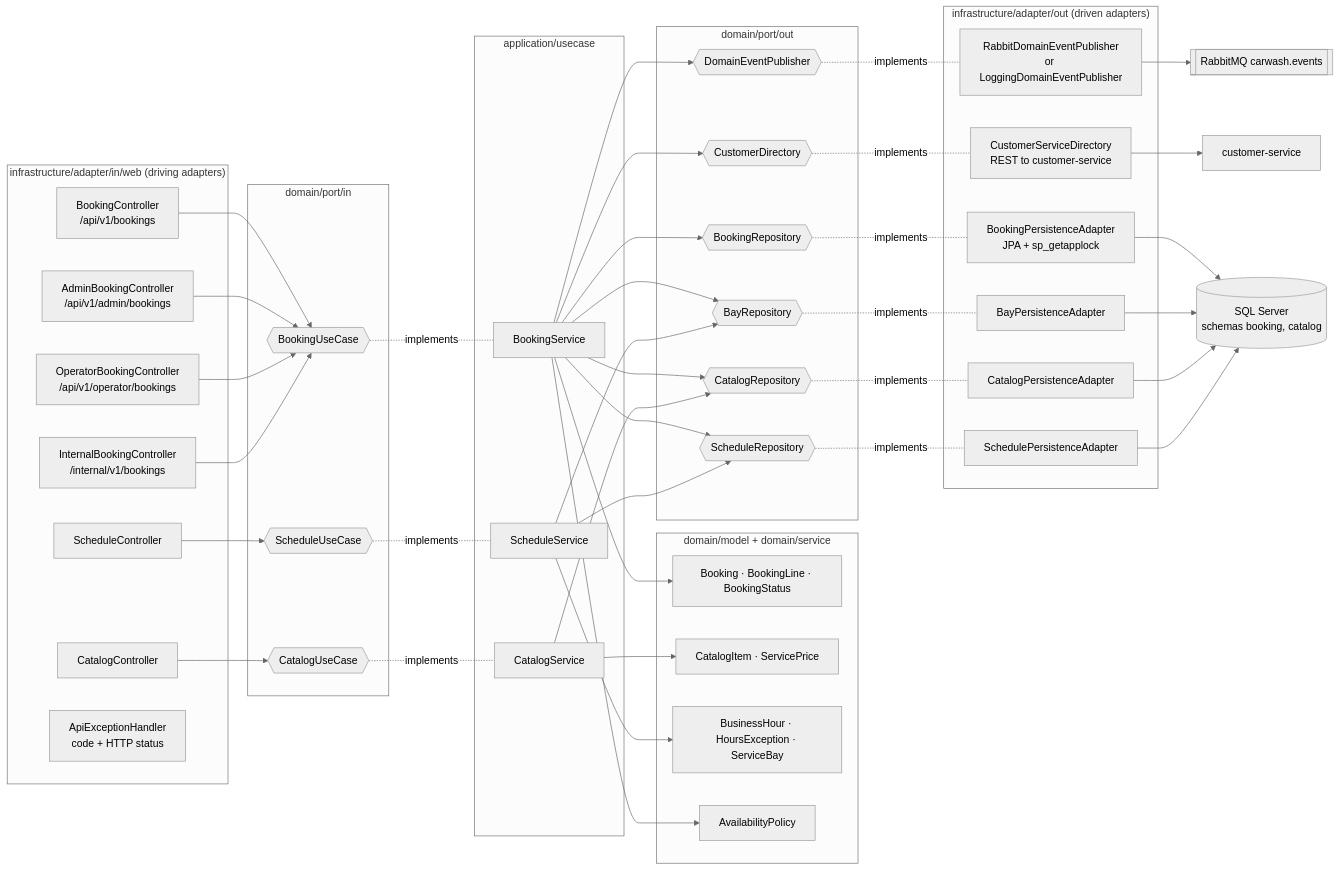
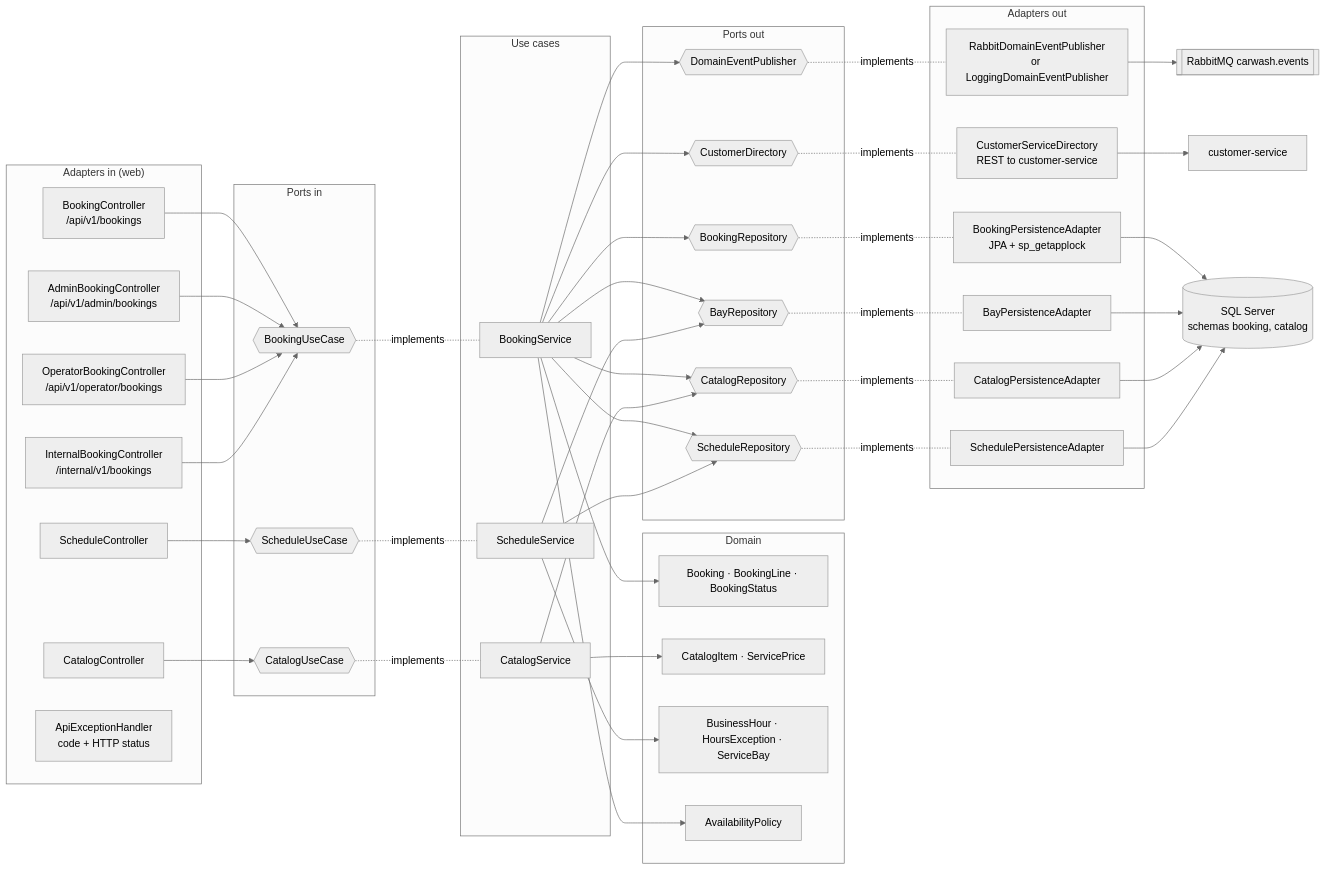
Before and after one commit to code-sena/vehicle-w-docs: the diagram in 08-uml/diagrams/source/c3-booking-components.md, drawn with Mermaid (neutral theme). The commit also changed other lines of this file and 1 other file, not shown here.

Commit message:
docs(uml): shorten the subgraph titles that were cut in the booking components and operator day

````diff
--- a/08-uml/diagrams/source/c3-booking-components.md
+++ b/08-uml/diagrams/source/c3-booking-components.md
@@ -7,75 +7,75 @@
 ```mermaid
 flowchart LR
-    subgraph IN["infrastructure/adapter/in/web (driving adapters)"]
+    subgraph IN["Adapters in (web)"]
         BC[BookingController<br/>/api/v1/bookings]
         ABC[AdminBookingController<br/>/api/v1/admin/bookings]
         OBC[OperatorBookingController<br/>/api/v1/operator/bookings]
         IBC[InternalBookingController<br/>/internal/v1/bookings]
         CC[CatalogController]
         SC[ScheduleController]
         EH[ApiExceptionHandler<br/>code + HTTP status]
     end
 
-    subgraph PIN["domain/port/in"]
+    subgraph PIN["Ports in"]
         BU{{BookingUseCase}}
         CU{{CatalogUseCase}}
         SU{{ScheduleUseCase}}
     end
 
-    subgraph APP["application/usecase"]
+    subgraph APP["Use cases"]
         BS[BookingService]
         CS[CatalogService]
         SS[ScheduleService]
     end
 
-    subgraph DOM["domain/model + domain/service"]
+    subgraph DOM["Domain"]
         B[Booking · BookingLine · BookingStatus]
         CAT[CatalogItem · ServicePrice]
         SCH[BusinessHour · HoursException · ServiceBay]
         AP[AvailabilityPolicy]
     end
 
-    subgraph POUT["domain/port/out"]
+    subgraph POUT["Ports out"]
         BR{{BookingRepository}}
         BAR{{BayRepository}}
         CR{{CatalogRepository}}
         SR{{ScheduleRepository}}
         CD{{CustomerDirectory}}
         EP{{DomainEventPublisher}}
     end
 
-    subgraph OUT["infrastructure/adapter/out (driven adapters)"]
+    subgraph OUT["Adapters out"]
         BPA[BookingPersistenceAdapter<br/>JPA + sp_getapplock]
         BAPA[BayPersistenceAdapter]
         CPA[CatalogPersistenceAdapter]
         SPA[SchedulePersistenceAdapter]
         CSD[CustomerServiceDirectory<br/>REST to customer-service]
         RP[RabbitDomainEventPublisher<br/>or LoggingDomainEventPublisher]
     end
 
     db[(SQL Server<br/>schemas booking, catalog)]
     customer[customer-service]
     mq[[RabbitMQ carwash.events]]
 
     BC & ABC & OBC & IBC --> BU
     CC --> CU
     SC --> SU
     BU -.implements.- BS
     CU -.implements.- CS
     SU -.implements.- SS
     BS --> B & AP
     CS --> CAT
     SS --> SCH
     BS --> BR & BAR & CR & SR & CD & EP
     CS --> CR
     SS --> SR & BAR
     BR -.implements.- BPA
     BAR -.implements.- BAPA
     CR -.implements.- CPA
     SR -.implements.- SPA
     CD -.implements.- CSD
     EP -.implements.- RP
     BPA & BAPA & CPA & SPA --> db
     CSD --> customer
     RP --> mq
 ```
````
